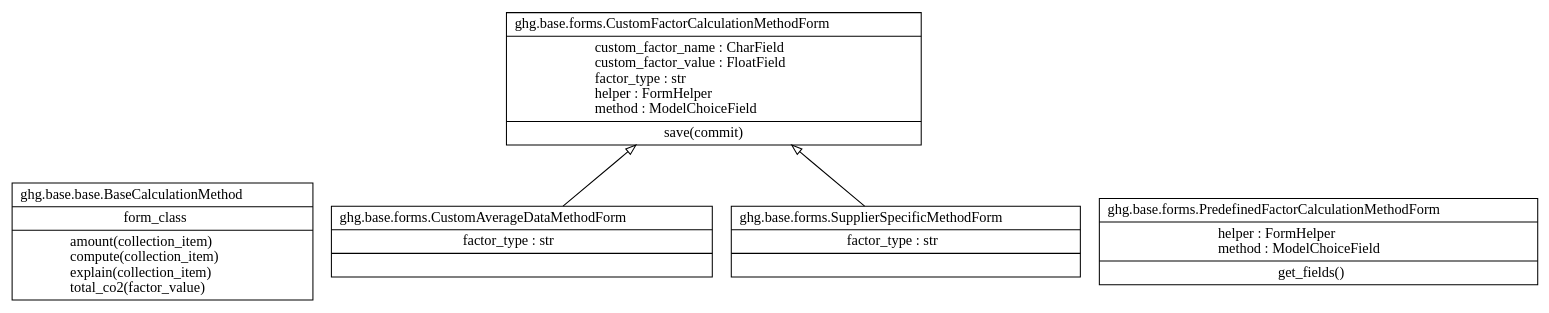
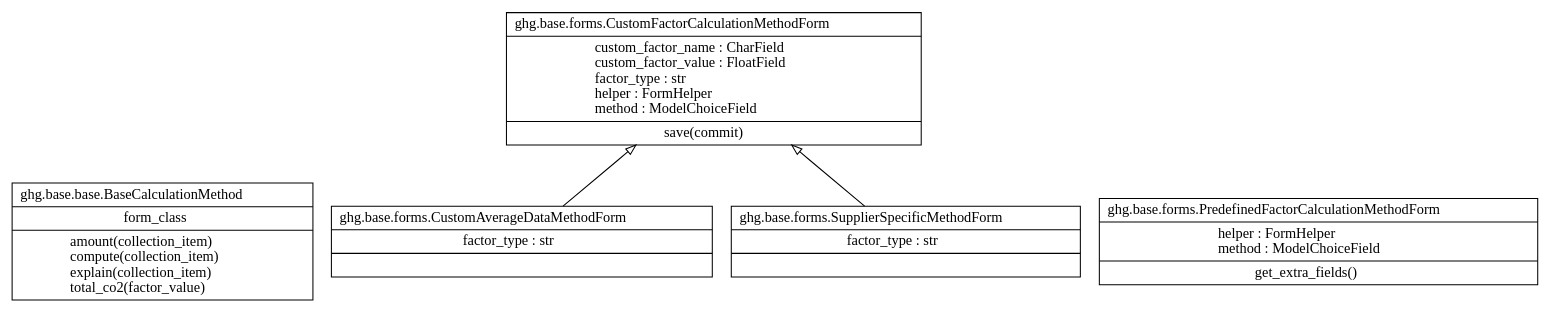
The diagram in calculations/ghg/base/classes.dot (fingreen-ai/greenlang), drawn with Graphviz before and after one commit. The commit also changed 3 other files, not shown here.

```diff
--- a/calculations/ghg/base/classes.dot
+++ b/calculations/ghg/base/classes.dot
@@ -1,11 +1,11 @@
 digraph "classes" {
 rankdir=BT
 charset="utf-8"
 "ghg.base.base.BaseCalculationMethod" [color="black", fontcolor="black", label=<{ghg.base.base.BaseCalculationMethod|form_class<br ALIGN="LEFT"/>|amount(collection_item)<br ALIGN="LEFT"/>compute(collection_item)<br ALIGN="LEFT"/>explain(collection_item)<br ALIGN="LEFT"/>total_co2(factor_value)<br ALIGN="LEFT"/>}>, shape="record", style="solid"];
 "ghg.base.forms.CustomAverageDataMethodForm" [color="black", fontcolor="black", label=<{ghg.base.forms.CustomAverageDataMethodForm|factor_type : str<br ALIGN="LEFT"/>|}>, shape="record", style="solid"];
 "ghg.base.forms.CustomFactorCalculationMethodForm" [color="black", fontcolor="black", label=<{ghg.base.forms.CustomFactorCalculationMethodForm|custom_factor_name : CharField<br ALIGN="LEFT"/>custom_factor_value : FloatField<br ALIGN="LEFT"/>factor_type : str<br ALIGN="LEFT"/>helper : FormHelper<br ALIGN="LEFT"/>method : ModelChoiceField<br ALIGN="LEFT"/>|save(commit)<br ALIGN="LEFT"/>}>, shape="record", style="solid"];
-"ghg.base.forms.PredefinedFactorCalculationMethodForm" [color="black", fontcolor="black", label=<{ghg.base.forms.PredefinedFactorCalculationMethodForm|helper : FormHelper<br ALIGN="LEFT"/>method : ModelChoiceField<br ALIGN="LEFT"/>|get_fields()<br ALIGN="LEFT"/>}>, shape="record", style="solid"];
+"ghg.base.forms.PredefinedFactorCalculationMethodForm" [color="black", fontcolor="black", label=<{ghg.base.forms.PredefinedFactorCalculationMethodForm|helper : FormHelper<br ALIGN="LEFT"/>method : ModelChoiceField<br ALIGN="LEFT"/>|get_extra_fields()<br ALIGN="LEFT"/>}>, shape="record", style="solid"];
 "ghg.base.forms.SupplierSpecificMethodForm" [color="black", fontcolor="black", label=<{ghg.base.forms.SupplierSpecificMethodForm|factor_type : str<br ALIGN="LEFT"/>|}>, shape="record", style="solid"];
 "ghg.base.forms.CustomAverageDataMethodForm" -> "ghg.base.forms.CustomFactorCalculationMethodForm" [arrowhead="empty", arrowtail="none"];
 "ghg.base.forms.SupplierSpecificMethodForm" -> "ghg.base.forms.CustomFactorCalculationMethodForm" [arrowhead="empty", arrowtail="none"];
 }
```
